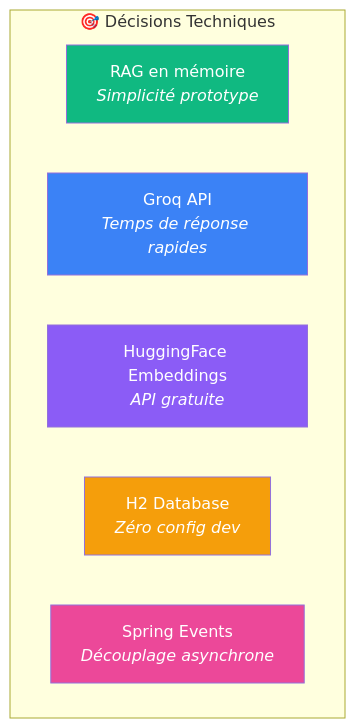
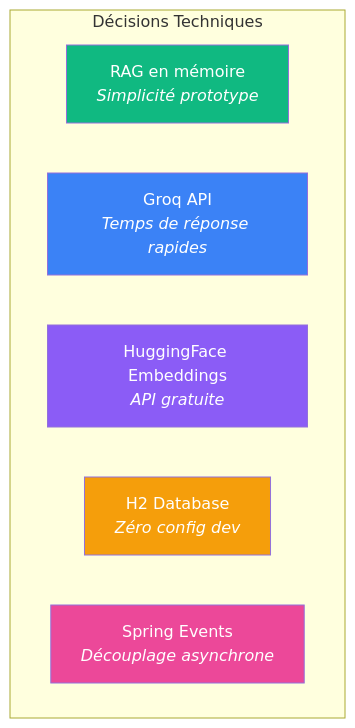
Before and after one commit to AM1N8/Dumpster: diagram 12 of 12 in this.md, drawn with Mermaid. The commit also changed other lines of this file, not shown here.

````diff
--- a/this.md
+++ b/this.md
@@ -633,16 +633,16 @@
 ```mermaid
 graph TB
-    subgraph CHOIX["🎯 Décisions Techniques"]
+    subgraph CHOIX["Décisions Techniques"]
         A["RAG en mémoire<br/><i>Simplicité prototype</i>"]
         B["Groq API<br/><i>Temps de réponse rapides</i>"]
         C["HuggingFace Embeddings<br/><i>API gratuite</i>"]
         D["H2 Database<br/><i>Zéro config dev</i>"]
         E["Spring Events<br/><i>Découplage asynchrone</i>"]
     end
     
     style A fill:#10b981,color:#fff
     style B fill:#3b82f6,color:#fff
     style C fill:#8b5cf6,color:#fff
     style D fill:#f59e0b,color:#fff
     style E fill:#ec4899,color:#fff
 ```
````
